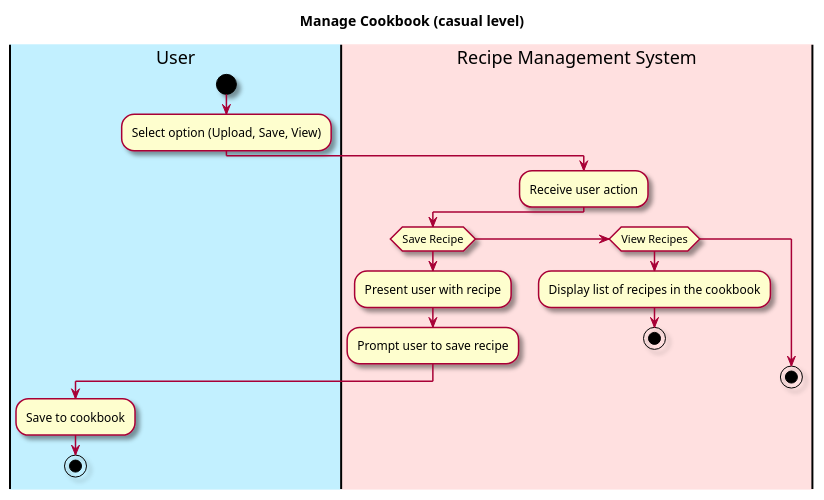
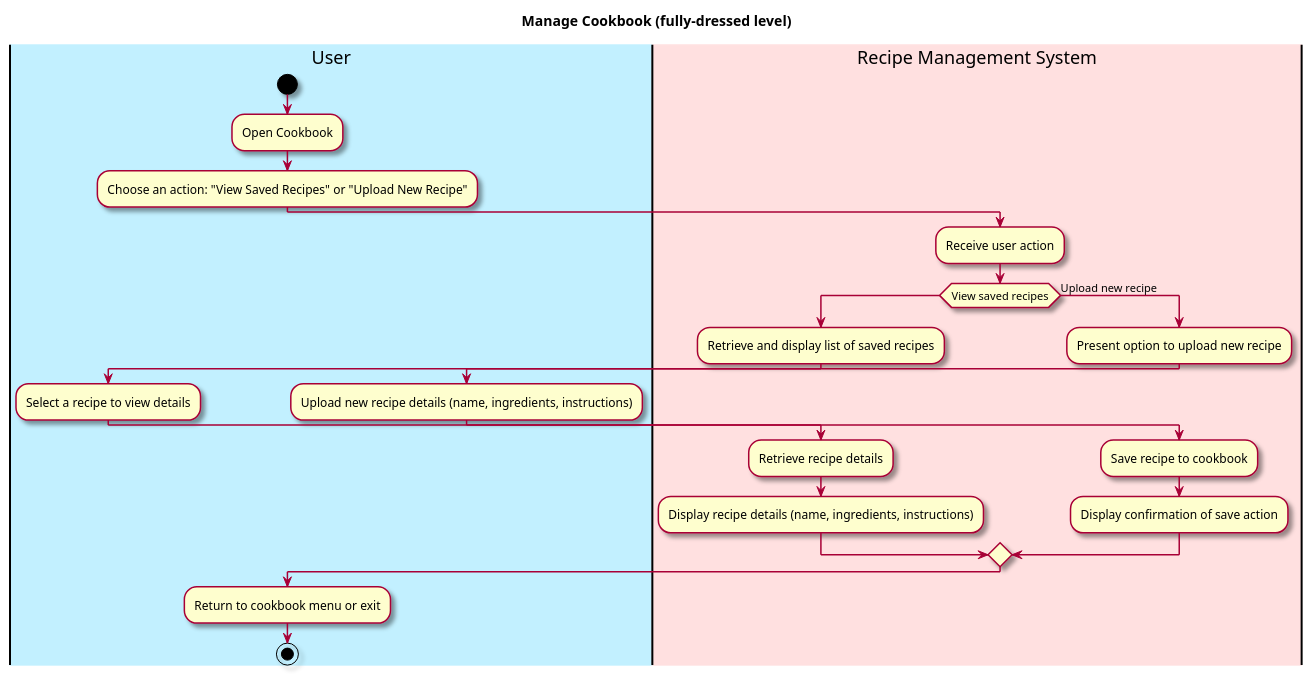
Before and after one commit to berthashipper/Pantry-Pal-Android-Application: the first of 2 diagrams in intellij/doc/use-cases/manage_cookbook.md, drawn with PlantUML. The commit also changed other lines of this file and 3 other files, not shown here.

Commit message:
Elaborated on next iteration use case manage_cookbook

````diff
--- a/intellij/doc/use-cases/manage_cookbook.md
+++ b/intellij/doc/use-cases/manage_cookbook.md
@@ -30,34 +30,41 @@
 ```plantuml
 @startuml
 
 skin rose
 
-title Manage Cookbook (casual level)
+title Manage Cookbook (fully-dressed level)
 
 'define the lanes
 |#application|User|
 |#implementation|Recipe Management System|
 
 |User|
 start
-:Select option (Upload, Save, View);
+:Open Cookbook;
 
+:Choose an action: "View Saved Recipes" or "Upload New Recipe";
 |Recipe Management System|
 :Receive user action;
-if (Save Recipe)
-|Recipe Management System|
-:Present user with recipe;
-:Prompt user to save recipe;
+
+if (View saved recipes) then
+    :Retrieve and display list of saved recipes;
+    |User|
+    :Select a recipe to view details;
+    |Recipe Management System|
+    :Retrieve recipe details;
+    :Display recipe details (name, ingredients, instructions);
+else (Upload new recipe)
+    :Present option to upload new recipe;
+    |User|
+    :Upload new recipe details (name, ingredients, instructions);
+    |Recipe Management System|
+    :Save recipe to cookbook;
+    :Display confirmation of save action;
+endif
+
 |User|
-:Save to cookbook;
-stop
+:Return to cookbook menu or exit;
 
-elseif (View Recipes)
-|Recipe Management System|
-:Display list of recipes in the cookbook;
-stop
-
-else
 stop
 @enduml
 ```
````
